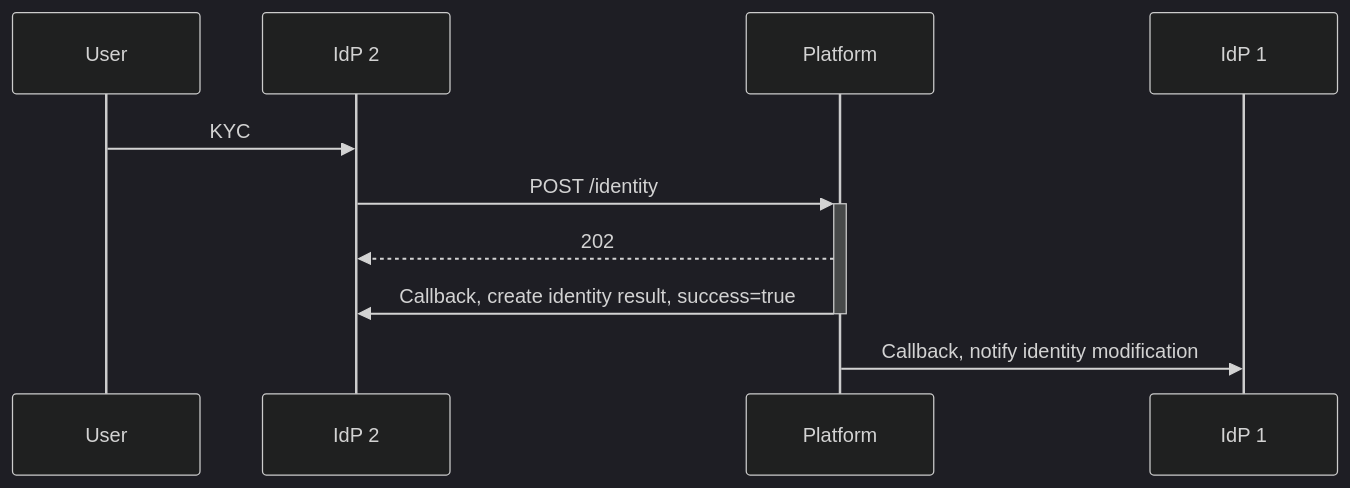
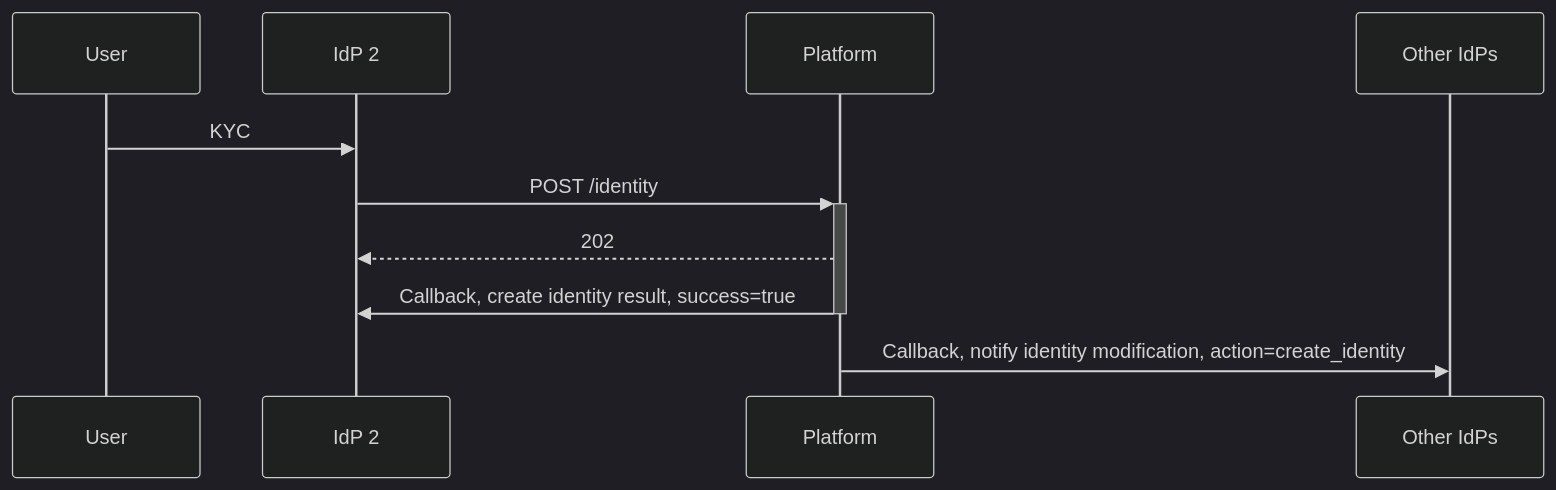
The second of 3 diagrams in flows/create-identity.md (ndidplatform/ndidplatform.github.io), drawn with Mermaid (dark theme) before and after one commit. The commit also changed other lines of this file and 1 other file, not shown here.

Commit message:
Revise identity flow sequence diagrams

````diff
--- a/flows/create-identity.md
+++ b/flows/create-identity.md
@@ -24,12 +24,12 @@
 ```mermaid
 sequenceDiagram
     participant User
     participant IdP 2
     participant Platform
-    participant IdP 1
+    participant Other IdPs
     User->>IdP 2: KYC
     IdP 2->>+Platform: POST /identity
     Platform-->>IdP 2: 202
     Platform->>-IdP 2: Callback, create identity result, success=true
-    Platform->>IdP 1: Callback, notify identity modification
+    Platform->>Other IdPs: Callback, notify identity modification, action=create_identity
 ```
````
